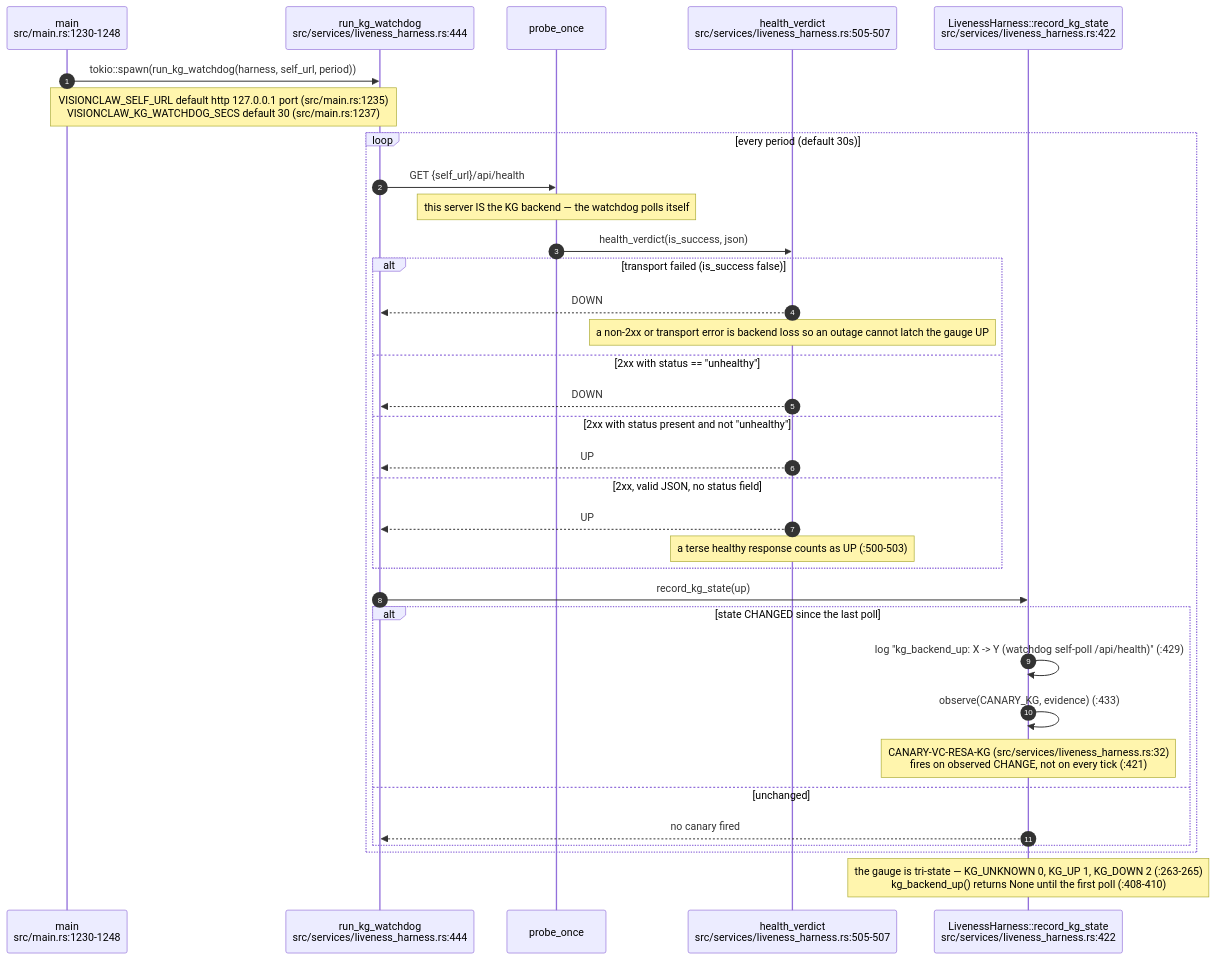
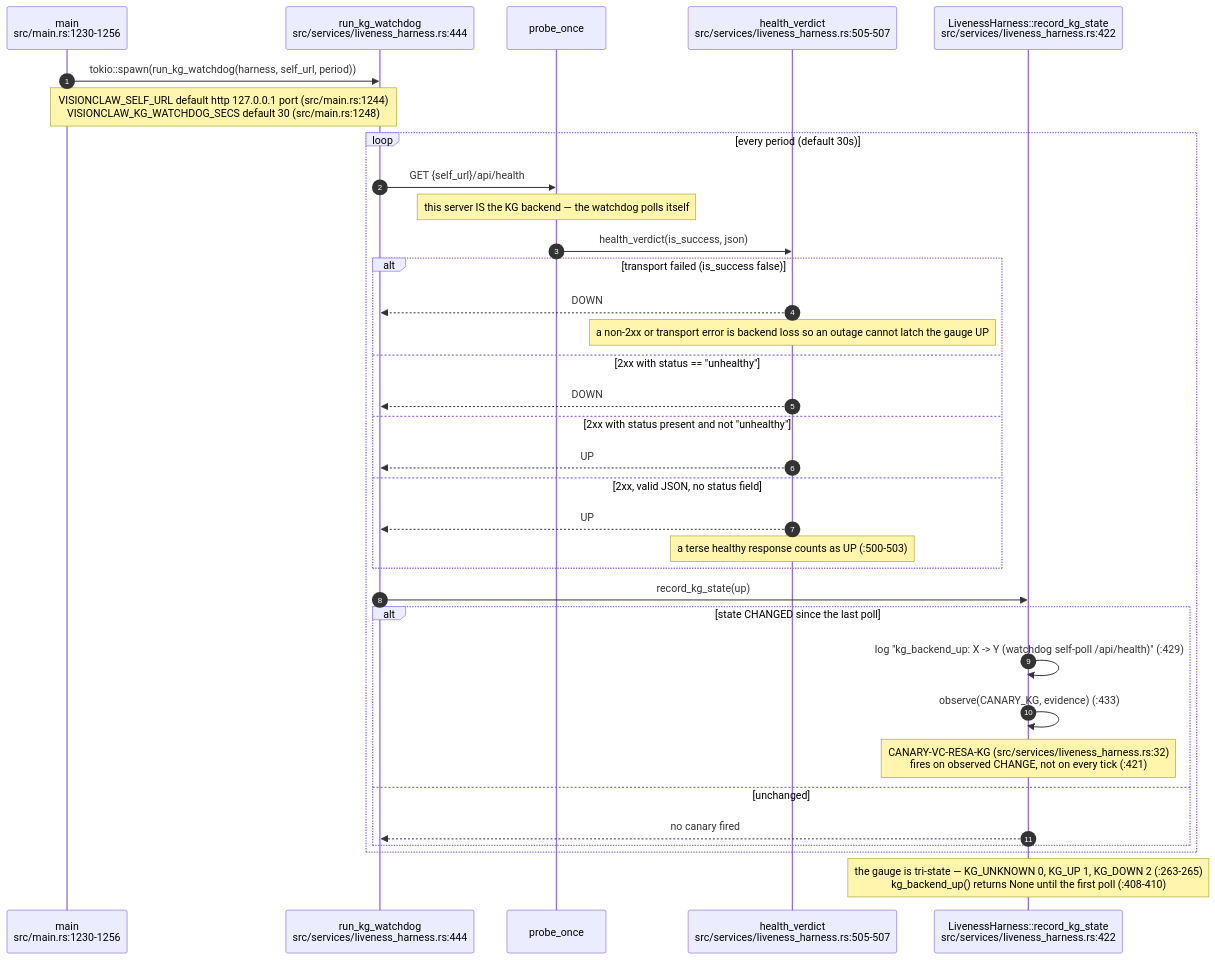
Before and after one commit to DreamLab-AI/VisionFlow: the second of 9 diagrams in docs/diagrams/visionclaw/08-observability-health-and-dev-loop.md, drawn with Mermaid. The commit also changed other lines of this file and 111 other files, not shown here.

Commit message:
docs(diagrams): align estate maps with current source

````diff
--- a/docs/diagrams/visionclaw/08-observability-health-and-dev-loop.md
+++ b/docs/diagrams/visionclaw/08-observability-health-and-dev-loop.md
@@ -61,37 +62,37 @@
 ```mermaid
 sequenceDiagram
     autonumber
-    participant M as main<br/>src/main.rs:1230-1248
+    participant M as main<br/>src/main.rs:1230-1256
     participant W as run_kg_watchdog<br/>src/services/liveness_harness.rs:444
     participant P as probe_once
     participant V as health_verdict<br/>src/services/liveness_harness.rs:505-507
     participant H as LivenessHarness::record_kg_state<br/>src/services/liveness_harness.rs:422
 
     M->>W: tokio::spawn(run_kg_watchdog(harness, self_url, period))
-    Note over M,W: VISIONCLAW_SELF_URL default http 127.0.0.1 port (src/main.rs:1235)<br/>VISIONCLAW_KG_WATCHDOG_SECS default 30 (src/main.rs:1237)
+    Note over M,W: VISIONCLAW_SELF_URL default http 127.0.0.1 port (src/main.rs:1244)<br/>VISIONCLAW_KG_WATCHDOG_SECS default 30 (src/main.rs:1248)
     loop every period (default 30s)
         W->>P: GET {self_url}/api/health
         Note over P: this server IS the KG backend — the watchdog polls itself
         P->>V: health_verdict(is_success, json)
         alt transport failed (is_success false)
             V-->>W: DOWN
             Note over V: a non-2xx or transport error is backend loss so an outage cannot latch the gauge UP
         else 2xx with status == "unhealthy"
             V-->>W: DOWN
         else 2xx with status present and not "unhealthy"
             V-->>W: UP
         else 2xx, valid JSON, no status field
             V-->>W: UP
             Note over V: a terse healthy response counts as UP (:500-503)
         end
         W->>H: record_kg_state(up)
         alt state CHANGED since the last poll
             H->>H: log "kg_backend_up: X -> Y (watchdog self-poll /api/health)" (:429)
             H->>H: observe(CANARY_KG, evidence) (:433)
             Note over H: CANARY-VC-RESA-KG (src/services/liveness_harness.rs:32)<br/>fires on observed CHANGE, not on every tick (:421)
         else unchanged
             H-->>W: no canary fired
         end
     end
     Note over H: the gauge is tri-state — KG_UNKNOWN 0, KG_UP 1, KG_DOWN 2 (:263-265)<br/>kg_backend_up() returns None until the first poll (:408-410)
 ```
````
